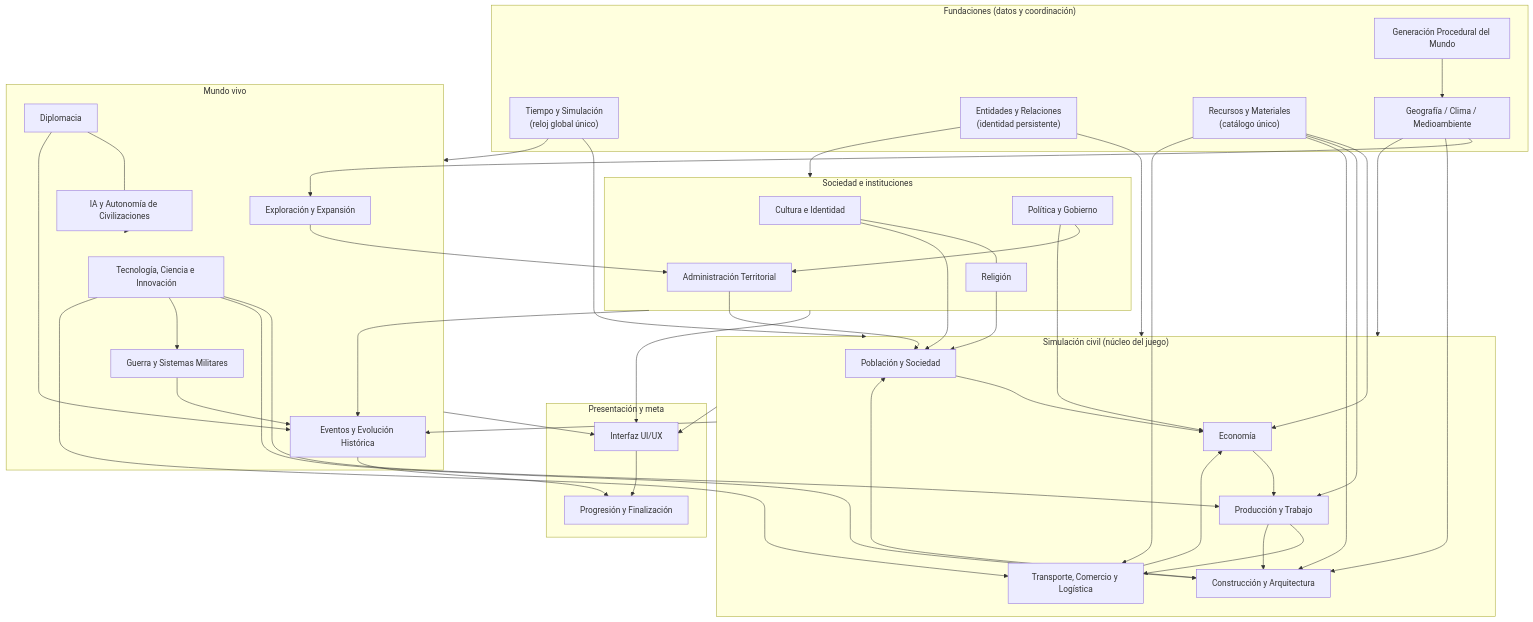
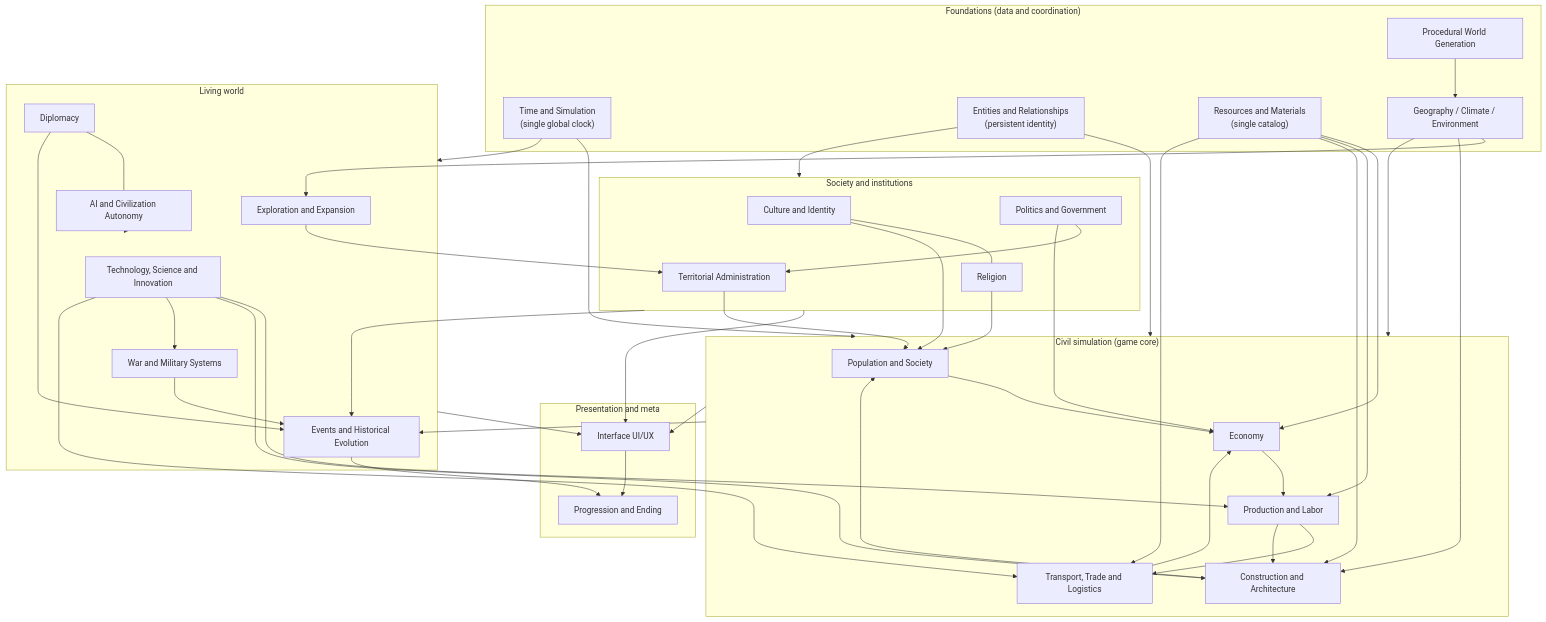
The first of 4 diagrams in SYSTEM_ARCHITECTURE_MAP.md (guidoalloatti/civilizations-evolution-doc), drawn with Mermaid before and after one commit. The commit also changed other lines of this file and 47 other files, not shown here.

````diff
--- a/SYSTEM_ARCHITECTURE_MAP.md
+++ b/SYSTEM_ARCHITECTURE_MAP.md
@@ -11,80 +11,80 @@
 ```mermaid
 flowchart TB
-    subgraph FOUND["Fundaciones (datos y coordinación)"]
-        TIME["Tiempo y Simulación<br/>(reloj global único)"]
-        ENT["Entidades y Relaciones<br/>(identidad persistente)"]
-        RES["Recursos y Materiales<br/>(catálogo único)"]
-        GEO["Geografía / Clima / Medioambiente"]
-        GEN["Generación Procedural del Mundo"]
+    subgraph FOUND["Foundations (data and coordination)"]
+        TIME["Time and Simulation<br/>(single global clock)"]
+        ENT["Entities and Relationships<br/>(persistent identity)"]
+        RES["Resources and Materials<br/>(single catalog)"]
+        GEO["Geography / Climate / Environment"]
+        GEN["Procedural World Generation"]
     end
-    subgraph CORE["Simulación civil (núcleo del juego)"]
-        POP["Población y Sociedad"]
-        ECO["Economía"]
-        PROD["Producción y Trabajo"]
-        LOG["Transporte, Comercio y Logística"]
-        CON["Construcción y Arquitectura"]
+    subgraph CORE["Civil simulation (game core)"]
+        POP["Population and Society"]
+        ECO["Economy"]
+        PROD["Production and Labor"]
+        LOG["Transport, Trade and Logistics"]
+        CON["Construction and Architecture"]
     end
-    subgraph SOC["Sociedad e instituciones"]
-        CUL["Cultura e Identidad"]
-        REL["Religión"]
-        POL["Política y Gobierno"]
-        ADM["Administración Territorial"]
+    subgraph SOC["Society and institutions"]
+        CUL["Culture and Identity"]
+        REL["Religion"]
+        POL["Politics and Government"]
+        ADM["Territorial Administration"]
     end
-    subgraph WORLD["Mundo vivo"]
-        TEC["Tecnología, Ciencia e Innovación"]
-        EXP["Exploración y Expansión"]
-        DIP["Diplomacia"]
-        AI["IA y Autonomía de Civilizaciones"]
-        MIL["Guerra y Sistemas Militares"]
-        EVT["Eventos y Evolución Histórica"]
+    subgraph WORLD["Living world"]
+        TEC["Technology, Science and Innovation"]
+        EXP["Exploration and Expansion"]
+        DIP["Diplomacy"]
+        AI["AI and Civilization Autonomy"]
+        MIL["War and Military Systems"]
+        EVT["Events and Historical Evolution"]
     end
-    subgraph PRES["Presentación y meta"]
-        UI["Interfaz UI/UX"]
-        PRG["Progresión y Finalización"]
+    subgraph PRES["Presentation and meta"]
+        UI["Interface UI/UX"]
+        PRG["Progression and Ending"]
     end
 
     TIME --> CORE
     TIME --> WORLD
     ENT --> CORE
     ENT --> SOC
     RES --> ECO
     RES --> PROD
     RES --> CON
     RES --> LOG
     GEN --> GEO
     GEO --> CORE
     GEO --> EXP
     GEO --> CON
 
     POP --> ECO
     ECO --> PROD
     PROD --> LOG
     LOG --> ECO
     CON --> POP
     PROD --> CON
 
     TEC --> PROD
     TEC --> CON
     TEC --> MIL
     TEC --> LOG
     POL --> ADM
     POL --> ECO
     CUL --- REL
     REL --> POP
     CUL --> POP
     ADM --> POP
 
     DIP --- AI
     AI --> WORLD
     MIL --> EVT
     DIP --> EVT
     EXP --> ADM
 
     CORE --> UI
     SOC --> UI
     WORLD --> UI
     UI --> PRG
     CORE --> EVT
     SOC --> EVT
     EVT --> PRG
 ```
````
